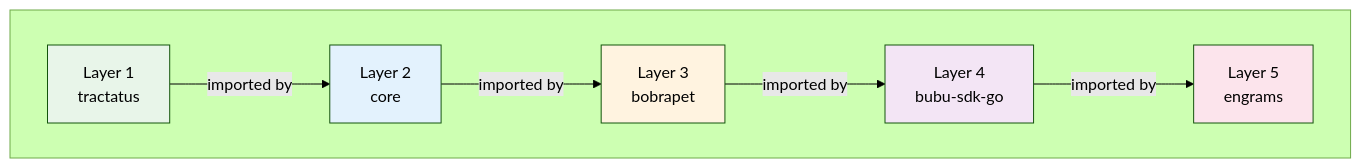
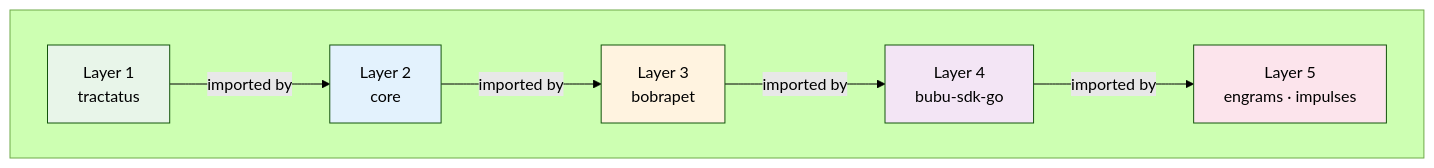
The second of 3 diagrams in docs/overview/architecture.md (bubustack/website), drawn with Mermaid (forest theme) before and after one commit. The commit also changed other lines of this file and 120 other files, not shown here.

````diff
--- a/docs/overview/architecture.md
+++ b/docs/overview/architecture.md
@@ -110,22 +117,22 @@
 ```mermaid
 graph LR
     subgraph " "
         direction LR
         L1["Layer 1<br/>tractatus"]
         L2["Layer 2<br/>core"]
         L3["Layer 3<br/>bobrapet"]
         L4["Layer 4<br/>bubu-sdk-go"]
-        L5["Layer 5<br/>engrams"]
+        L5["Layer 5<br/>engrams · impulses"]
     end
 
     L1 -->|"imported by"| L2
     L2 -->|"imported by"| L3
     L3 -->|"imported by"| L4
     L4 -->|"imported by"| L5
 
     style L1 fill:#e8f5e9
     style L2 fill:#e3f2fd
     style L3 fill:#fff3e0
     style L4 fill:#f3e5f5
     style L5 fill:#fce4ec
 ```
````
